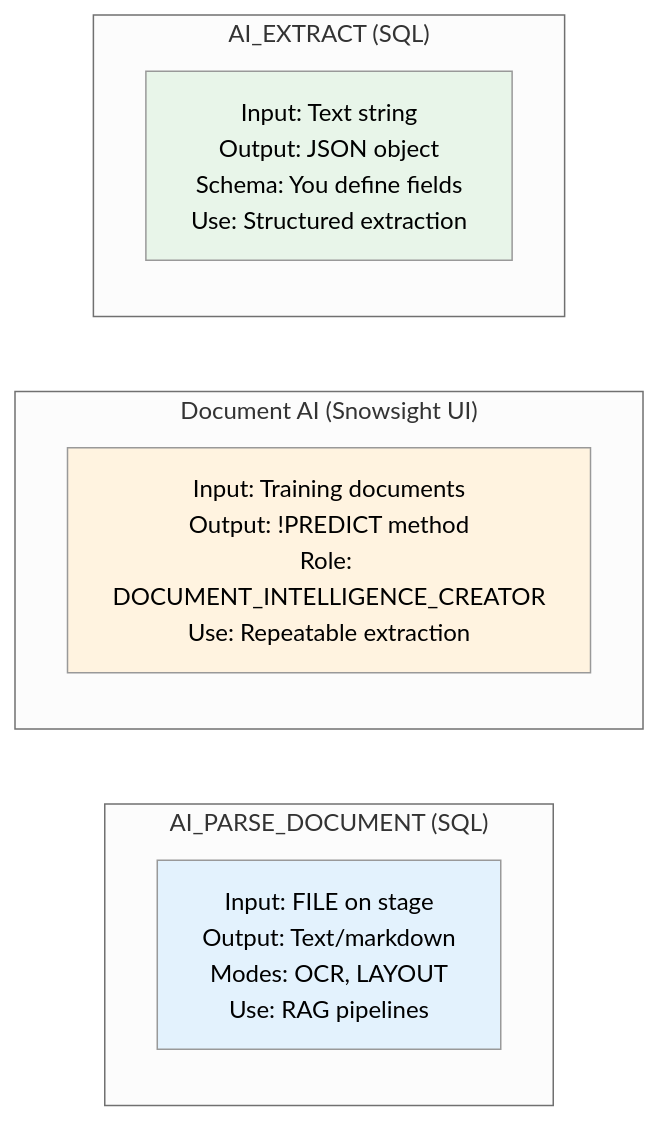
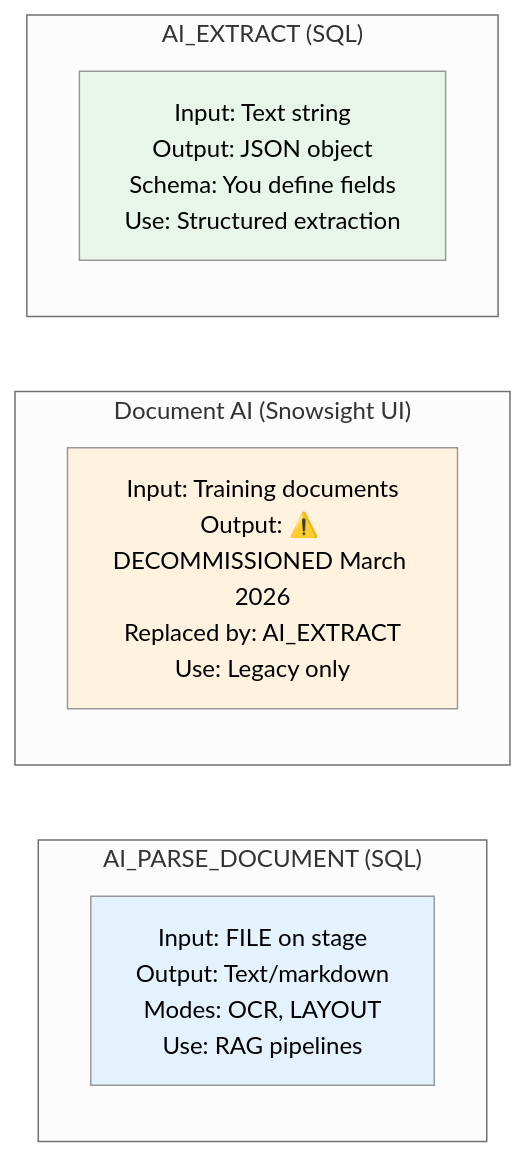
The diagram in 4_Snowflake_Document_AI/README.md (harishupadrasta/Snowflake-SnowPro-Specialty--Generative-AI), drawn with Mermaid (neutral theme) before and after one commit. The commit also changed other lines of this file and 18 other files, not shown here.

````diff
--- a/4_Snowflake_Document_AI/README.md
+++ b/4_Snowflake_Document_AI/README.md
@@ -42,18 +42,18 @@
 ```mermaid
 graph LR
     subgraph "AI_PARSE_DOCUMENT (SQL)"
         P["Input: FILE on stage<br/>Output: Text/markdown<br/>Modes: OCR, LAYOUT<br/>Use: RAG pipelines"]
     end
 
     subgraph "Document AI (Snowsight UI)"
-        D["Input: Training documents<br/>Output: !PREDICT method<br/>Role: DOCUMENT_INTELLIGENCE_CREATOR<br/>Use: Repeatable extraction"]
+        D["Input: Training documents<br/>Output: ⚠️ DECOMMISSIONED March 2026<br/>Replaced by: AI_EXTRACT<br/>Use: Legacy only"]
     end
 
     subgraph "AI_EXTRACT (SQL)"
         E["Input: Text string<br/>Output: JSON object<br/>Schema: You define fields<br/>Use: Structured extraction"]
     end
 
     style P fill:#E3F2FD
     style D fill:#FFF3E0
     style E fill:#E8F5E9
 ```
````
